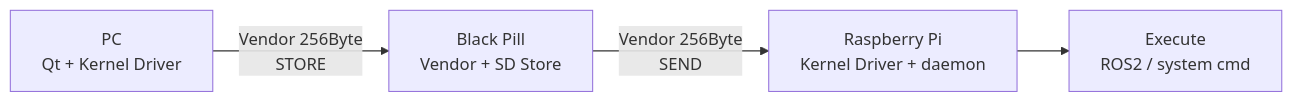
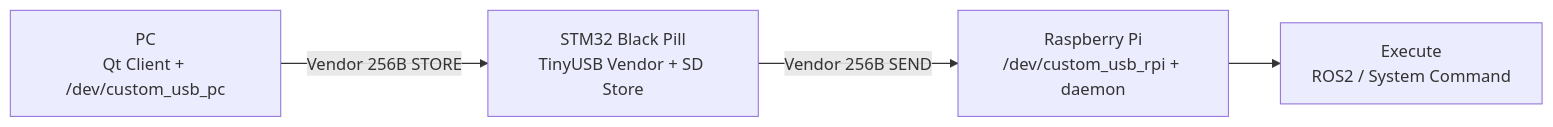
The diagram in README.md (ChangHoiAn/main_README.md-example-), drawn with Mermaid before and after one commit. The commit also changed other lines of this file, not shown here.

````diff
--- a/README.md
+++ b/README.md
@@ -44,7 +55,6 @@
 ```mermaid
-%%{init: {"themeVariables": {"fontSize": "16px"}, "flowchart": {"useMaxWidth": true, "nodeSpacing": 40, "rankSpacing": 50}}}%%
 flowchart LR
-  PC["PC<br/>Qt + Kernel Driver"] -->|"Vendor 256Byte<br/>STORE"| MCU["Black Pill<br/>Vendor + SD Store"]
-  MCU -->|"Vendor 256Byte<br/>SEND"| RPI["Raspberry Pi<br/>Kernel Driver + daemon"]
-  RPI --> RUN["Execute<br/>ROS2 / system cmd"]
+  PC["PC<br/>Qt Client + /dev/custom_usb_pc"] -->|"Vendor 256B STORE"| MCU["STM32 Black Pill<br/>TinyUSB Vendor + SD Store"]
+  MCU -->|"Vendor 256B SEND"| RPI["Raspberry Pi<br/>/dev/custom_usb_rpi + daemon"]
+  RPI --> RUN["Execute<br/>ROS2 / System Command"]
 ```
````
